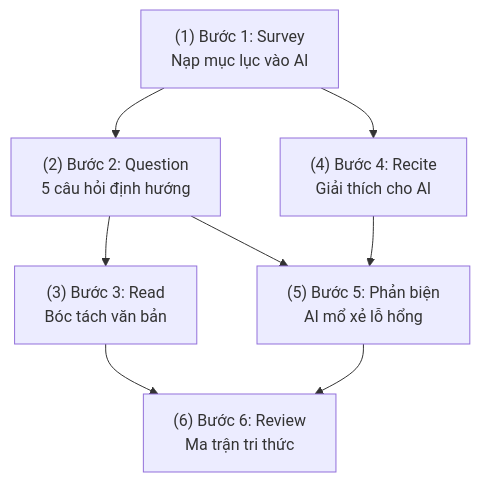
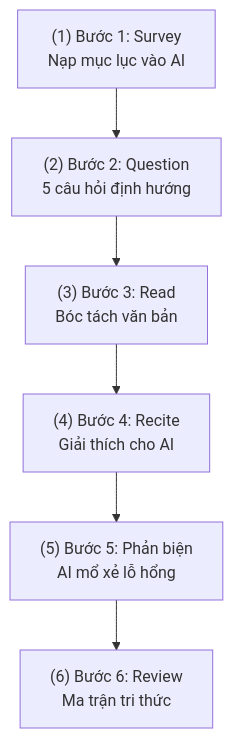
Before and after one commit to nguyengoctin/my_website: the diagram in content/posts/doc-sach-hoc-thuat-cung-ai.md, drawn with Mermaid. The commit also changed 19 other files, not shown here.

Commit message:
chore: implement Mermaid best-practice audit script, apply auto-fixes to posts, and adjust rendering configurations

````diff
--- a/content/posts/doc-sach-hoc-thuat-cung-ai.md
+++ b/content/posts/doc-sach-hoc-thuat-cung-ai.md
@@ -41,16 +41,14 @@
 ```mermaid
 flowchart TD
     S1["(1) Bước 1: Survey<br/>Nạp mục lục vào AI"]
     S2["(2) Bước 2: Question<br/>5 câu hỏi định hướng"]
     S3["(3) Bước 3: Read<br/>Bóc tách văn bản"]
     F1["(4) Bước 4: Recite<br/>Giải thích cho AI"]
     F2["(5) Bước 5: Phản biện<br/>AI mổ xẻ lỗ hổng"]
     R1["(6) Bước 6: Review<br/>Ma trận tri thức"]
     S1 --> S2
     S2 --> S3
-    S1 --> F1
-    S2 --> F2
-    S3 --> R1
+    S3 --> F1
     F1 --> F2
     F2 --> R1
 ```
````
